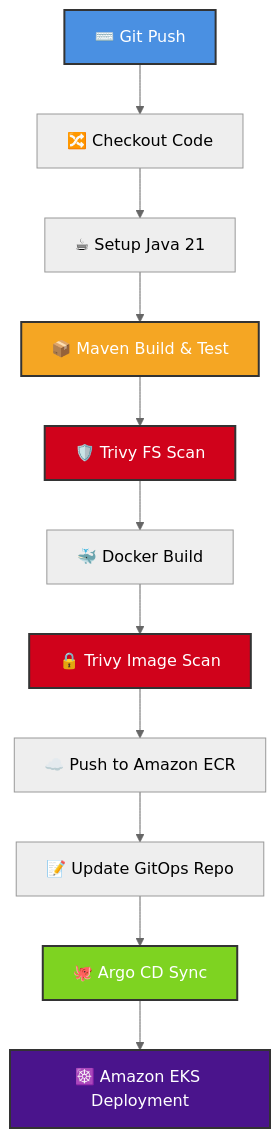
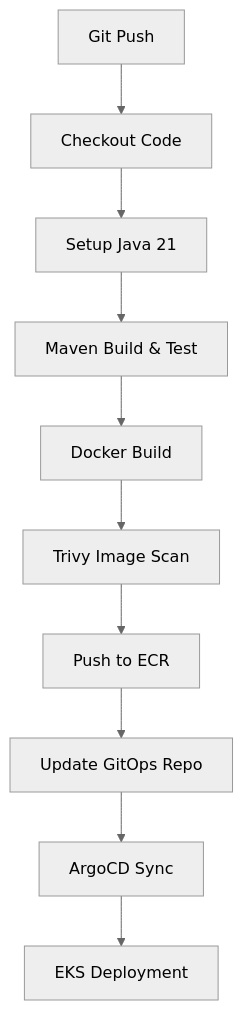
One commit to BhupeshDahiya/Demo_Java_app changed the diagram in Readme.md. Above: the diagram before and after it, drawn with Mermaid (neutral theme). The commit also changed other lines of this file and 4 other files, not shown here.

````diff
--- a/Readme.md
+++ b/Readme.md
@@ -44,21 +134,12 @@
 ```mermaid
 graph TD
-    A[⌨️ Git Push] --> B[🔀 Checkout Code]
-    B --> C[☕ Setup Java 21]
-    C --> D[📦 Maven Build & Test]
-    D --> E[🛡️ Trivy FS Scan]
-    E --> F[🐳 Docker Build]
-    F --> G[🔒 Trivy Image Scan]
-    G --> H[☁️ Push to Amazon ECR]
-    H --> I[📝 Update GitOps Repo]
-    I --> J[🐙 Argo CD Sync]
-    J --> K[☸️ Amazon EKS Deployment]
-
-    %% Styling
-    style A fill:#4A90E2,stroke:#333,stroke-width:2px,color:#fff
-    style D fill:#F5A623,stroke:#333,stroke-width:2px,color:#fff
-    style E fill:#D0021B,stroke:#333,stroke-width:2px,color:#fff
-    style G fill:#D0021B,stroke:#333,stroke-width:2px,color:#fff
-    style J fill:#7ED321,stroke:#333,stroke-width:2px,color:#fff
-    style K fill:#4A148C,stroke:#333,stroke-width:2px,color:#fff
+    A[Git Push] --> B[Checkout Code]
+    B --> C[Setup Java 21]
+    C --> D[Maven Build & Test]
+    D --> E[Docker Build]
+    E --> F[Trivy Image Scan]
+    F --> G[Push to ECR]
+    G --> H[Update GitOps Repo]
+    H --> I[ArgoCD Sync]
+    I --> J[EKS Deployment]
 ```
````
